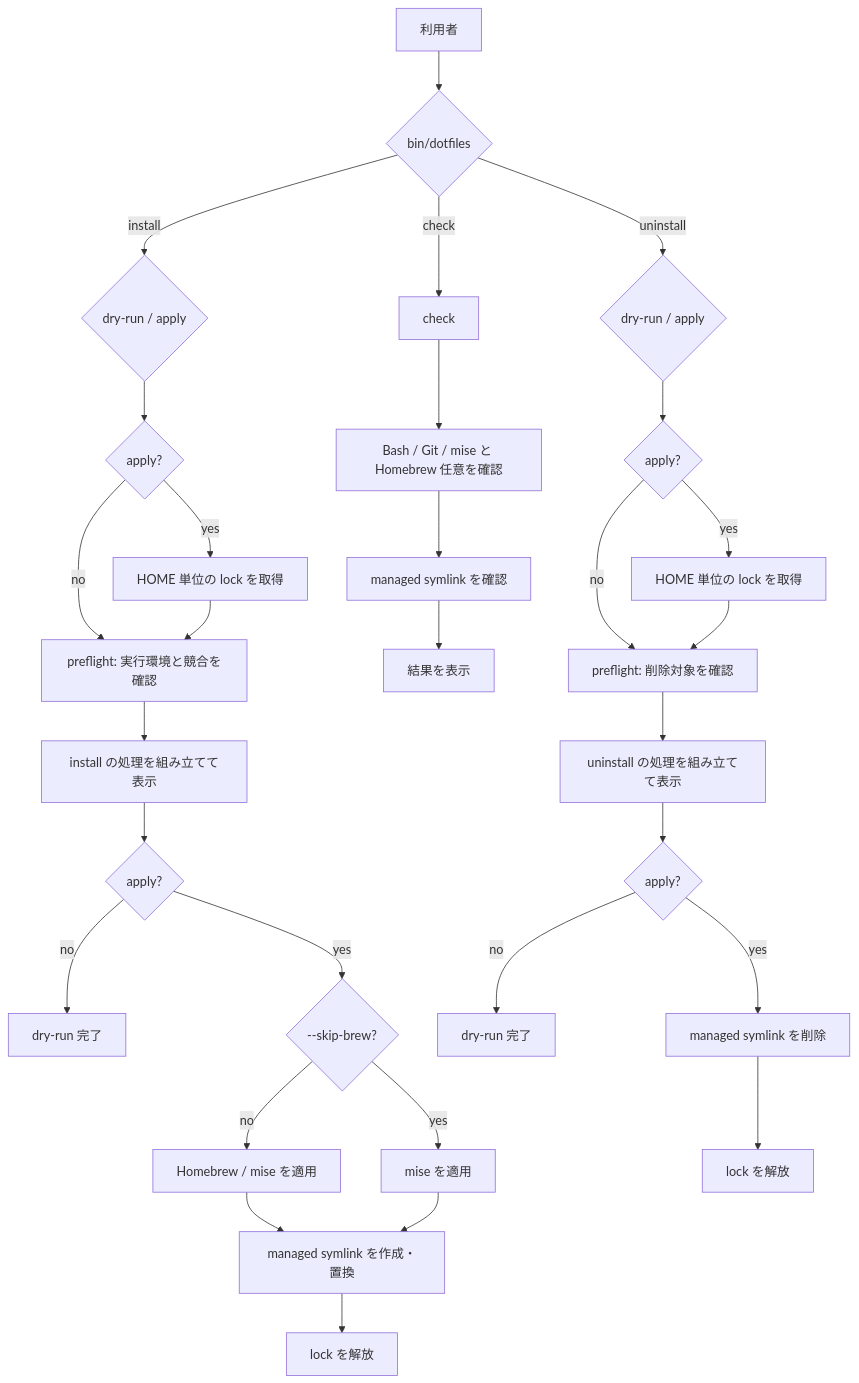
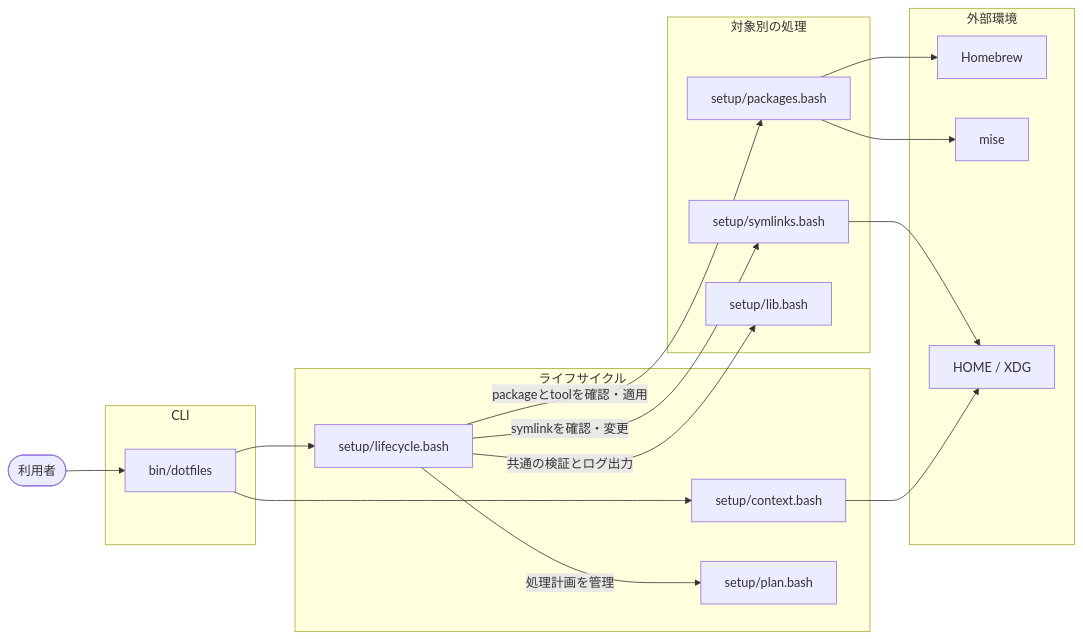
Before and after one commit to gkzz/dotfiles: the first of 2 diagrams in docs/ARCHITECTURE.md, drawn with Mermaid. The commit also changed other lines of this file and 36 other files, not shown here.

````diff
--- a/docs/ARCHITECTURE.md
+++ b/docs/ARCHITECTURE.md
@@ -7,36 +7,38 @@
 ```mermaid
-flowchart TD
-    user[利用者] --> command{bin/dotfiles}
+flowchart LR
+    user([利用者])
 
-    command -->|install| install_mode{dry-run / apply}
-    command -->|check| check
-    command -->|uninstall| uninstall_mode{dry-run / apply}
+    subgraph cli[CLI]
+        command[bin/dotfiles]
+    end
 
-    install_mode --> install_lock{apply?}
-    install_lock -->|yes| lock_i[HOME 単位の lock を取得]
-    install_lock -->|no| preflight_i
-    lock_i --> preflight_i[preflight: 実行環境と競合を確認]
-    preflight_i --> plan_i[install の処理を組み立てて表示]
-    plan_i --> apply_i{apply?}
-    apply_i -->|no| done_i[dry-run 完了]
-    apply_i -->|yes| skip_brew{--skip-brew?}
-    skip_brew -->|no| packages[Homebrew / mise を適用]
-    skip_brew -->|yes| mise_only[mise を適用]
-    packages --> links[managed symlink を作成・置換]
-    mise_only --> links
-    links --> unlock_i[lock を解放]
+    subgraph core[ライフサイクル]
+        lifecycle[setup/lifecycle.bash]
+        context[setup/context.bash]
+        plan[setup/plan.bash]
+    end
 
-    check --> check_env[Bash / Git / mise と Homebrew 任意を確認]
-    check_env --> check_links[managed symlink を確認]
-    check_links --> done_c[結果を表示]
+    subgraph adapters[対象別の処理]
+        packages[setup/packages.bash]
+        symlinks[setup/symlinks.bash]
+        lib[setup/lib.bash]
+    end
 
-    uninstall_mode --> uninstall_lock{apply?}
-    uninstall_lock -->|yes| lock_u[HOME 単位の lock を取得]
-    uninstall_lock -->|no| preflight_u
-    lock_u --> preflight_u[preflight: 削除対象を確認]
-    preflight_u --> plan_u[uninstall の処理を組み立てて表示]
-    plan_u --> apply_u{apply?}
-    apply_u -->|no| done_u[dry-run 完了]
-    apply_u -->|yes| unlink[managed symlink を削除]
-    unlink --> unlock_u[lock を解放]
+    subgraph external[外部環境]
+        brew[Homebrew]
+        mise[mise]
+        home[HOME / XDG]
+    end
+
+    user --> command
+    command --> context
+    command --> lifecycle
+    lifecycle -->|処理計画を管理| plan
+    lifecycle -->|packageとtoolを確認・適用| packages
+    lifecycle -->|symlinkを確認・変更| symlinks
+    lifecycle -->|共通の検証とログ出力| lib
+    packages --> brew
+    packages --> mise
+    symlinks --> home
+    context --> home
 ```
````
